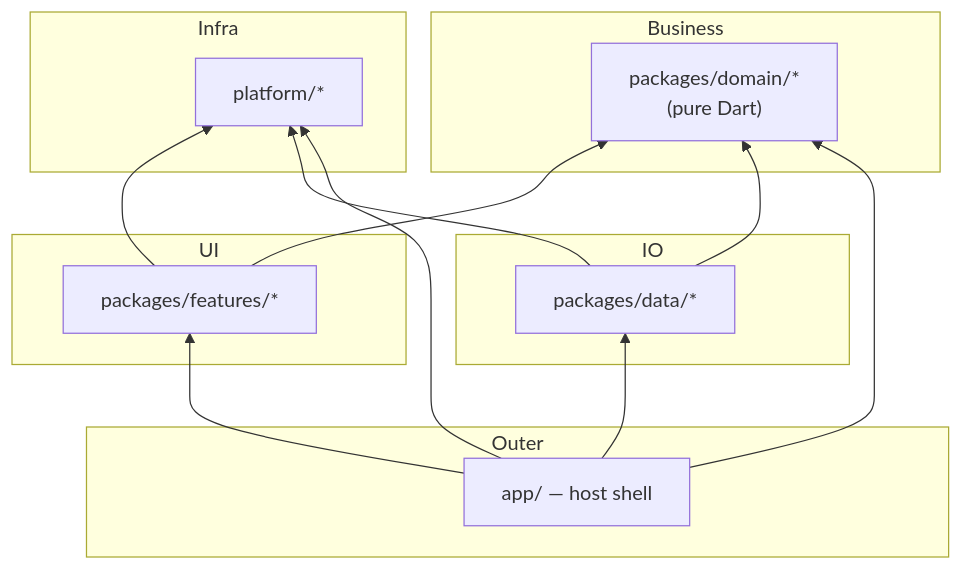
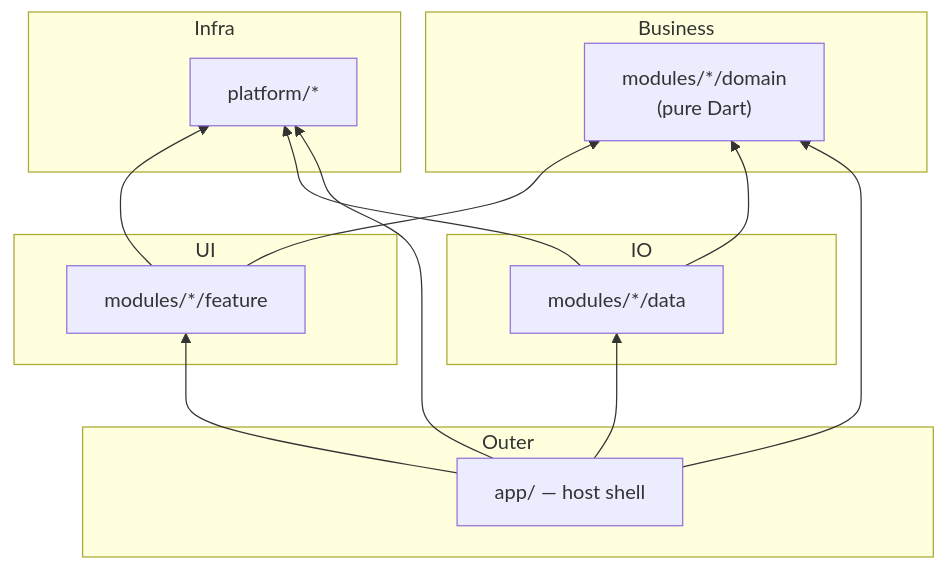
The diagram in docs/en/getting-started/02_project_tour.md (CaoGiaHieu-dev/flutter-monorepo-codebase), drawn with Mermaid before and after one commit. The commit also changed other lines of this file and 297 other files, not shown here.

First line of the commit message:
refactor: move product packages into vertical slices under modules/

````diff
--- a/docs/en/getting-started/02_project_tour.md
+++ b/docs/en/getting-started/02_project_tour.md
@@ -99,27 +118,27 @@
 ```mermaid
 graph BT
     subgraph Outer
         App["app/ — host shell"]
     end
     subgraph UI
-        Features["packages/features/*"]
+        Features["modules/*/feature"]
     end
     subgraph Business
-        Domain["packages/domain/*<br/>(pure Dart)"]
+        Domain["modules/*/domain<br/>(pure Dart)"]
     end
     subgraph IO
-        Data["packages/data/*"]
+        Data["modules/*/data"]
     end
     subgraph Infra
         Core["platform/*"]
     end
 
     Features --> Domain
     Data --> Domain
     Features --> Core
     Data --> Core
     App --> Features
     App --> Data
     App --> Domain
     App --> Core
 ```
````
